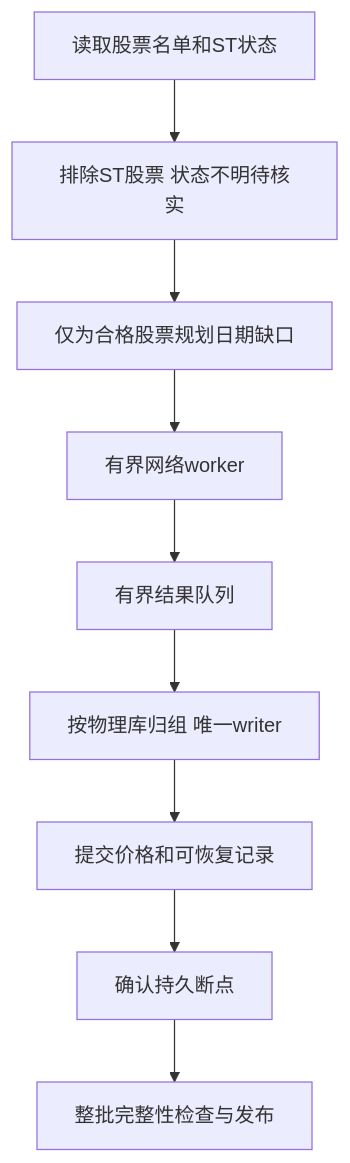
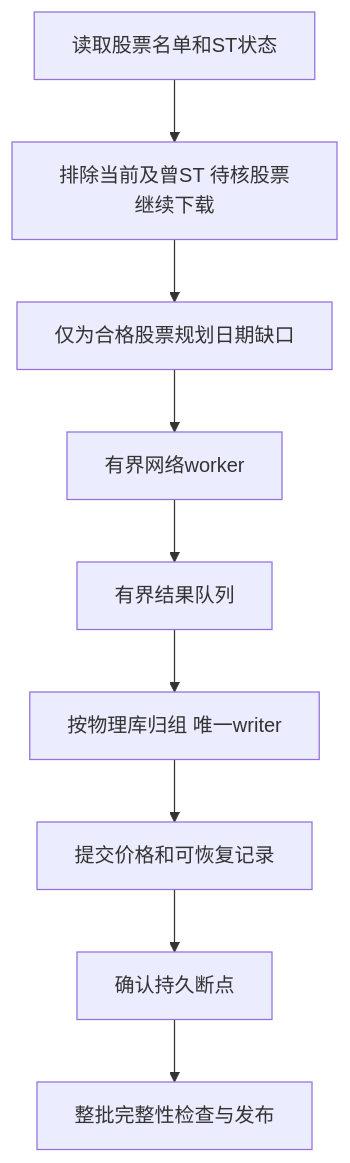
Before and after one commit to 373699756/trader: the first of 2 diagrams in docs/d_下载设计.md, drawn with Mermaid. The commit also changed other lines of this file and 15 other files, not shown here.

````diff
--- a/docs/d_下载设计.md
+++ b/docs/d_下载设计.md
@@ -241,11 +241,11 @@
 ```mermaid
 flowchart TD
-    S[读取股票名单和ST状态] --> F[排除ST股票 状态不明待核实]
+    S[读取股票名单和ST状态] --> F[排除当前及曾ST 待核股票继续下载]
     F --> P[仅为合格股票规划日期缺口]
     P --> N[有界网络worker]
     N --> Q[有界结果队列]
     Q --> W[按物理库归组 唯一writer]
     W --> C[提交价格和可恢复记录]
     C --> K[确认持久断点]
     K --> V[整批完整性检查与发布]
 ```
````
